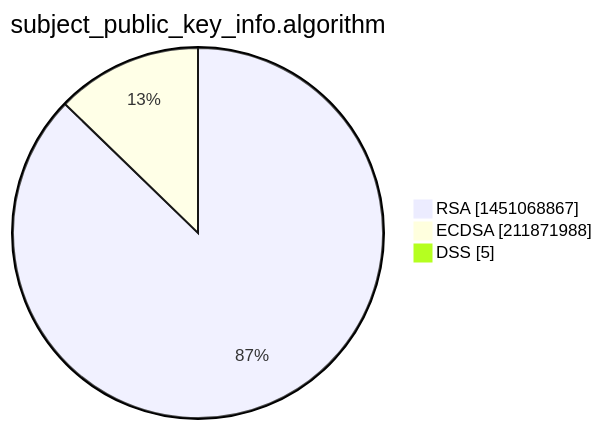
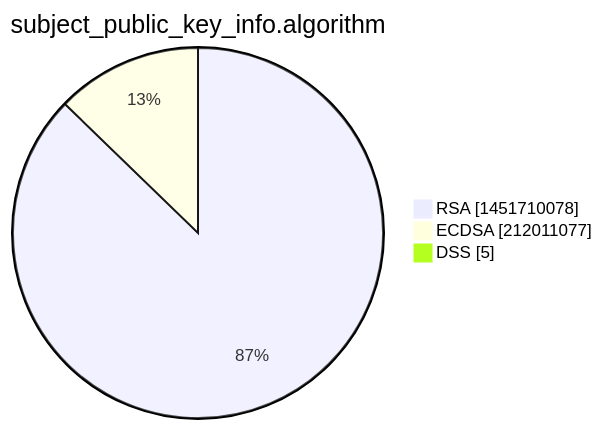
Before and after one commit to christiankrug/ctmonitor_visualization: the third of 15 diagrams in xenon2022/README.md, drawn with Mermaid. The commit also changed other lines of this file, not shown here.

````diff
--- a/xenon2022/README.md
+++ b/xenon2022/README.md
@@ -14,7 +14,7 @@
 ```mermaid
 pie showData
 title subject_public_key_info.algorithm
-"RSA" :1451068867
-"ECDSA" :211871988
+"RSA" :1451710078
+"ECDSA" :212011077
 "DSS" :5
 ```
````
